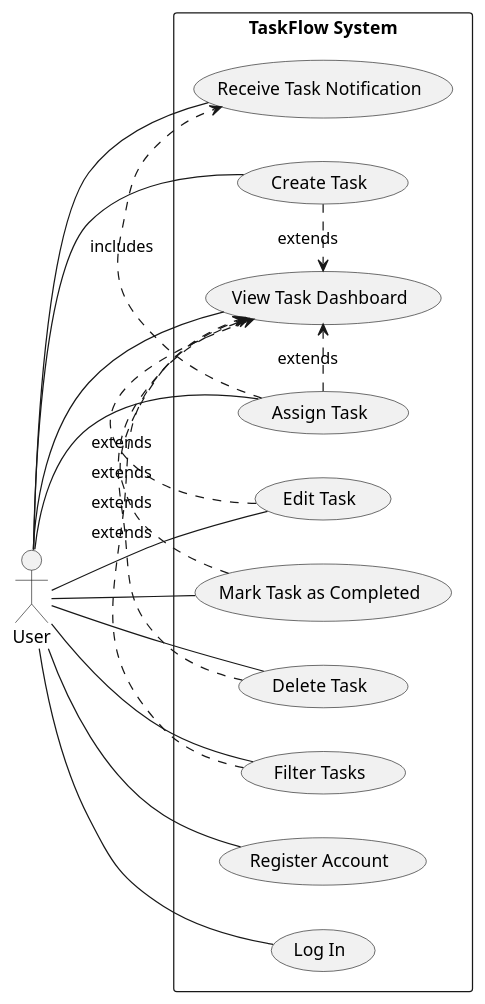
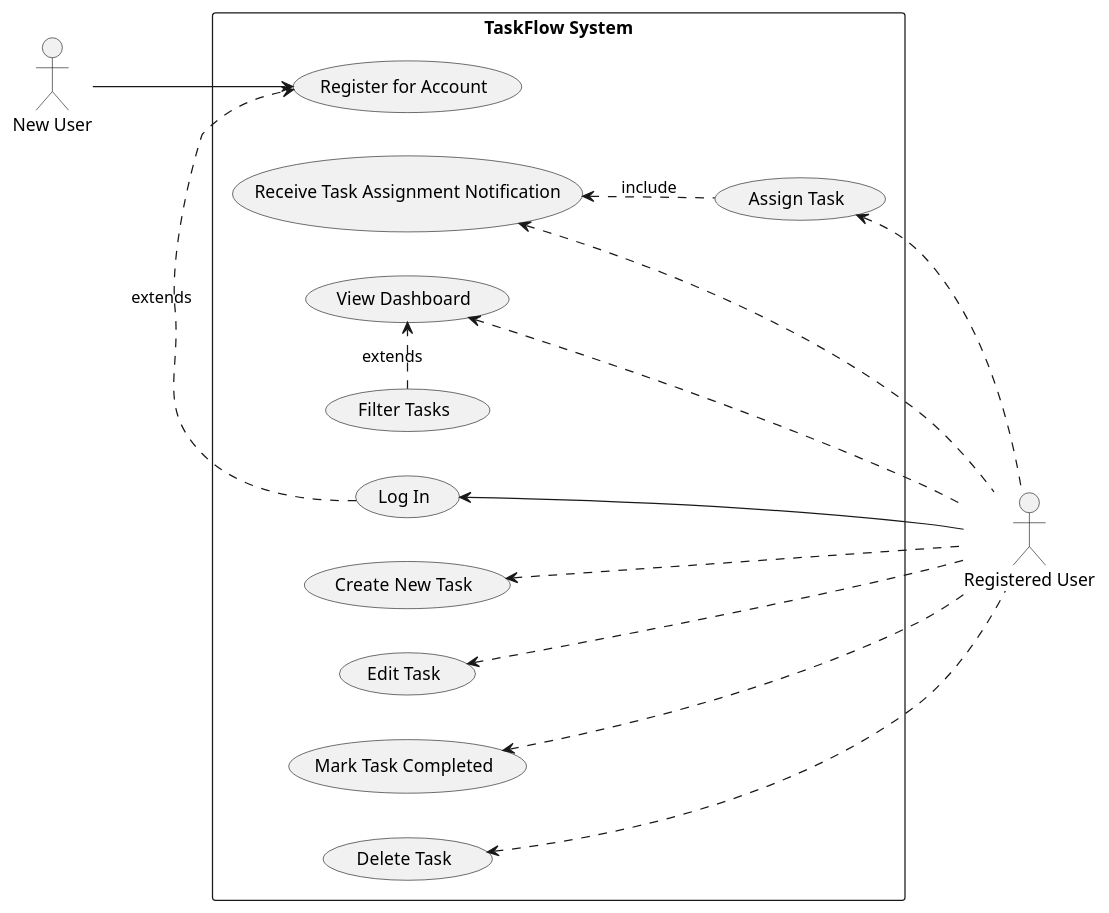
One commit to Chaman532003/framework changed the diagram in artifacts/spec/spec.md. Above: the diagram before and after it, drawn with PlantUML. The commit also changed other lines of this file, not shown here.

````diff
--- a/artifacts/spec/spec.md
+++ b/artifacts/spec/spec.md
@@ -171,40 +175,28 @@
 ```plantuml
 @startuml
 left to right direction
+skinparam packageStyle rectangle
 
-actor "User" as U
+actor "New User" as NewUser
+actor "Registered User" as RegUser
 
 rectangle "TaskFlow System" {
-    usecase "Register Account" as UC1
-    usecase "Log In" as UC2
-    usecase "Create Task" as UC3
-    usecase "Assign Task" as UC4
-    usecase "Edit Task" as UC5
-    usecase "Mark Task as Completed" as UC6
-    usecase "Delete Task" as UC7
-    usecase "View Task Dashboard" as UC8
-    usecase "Filter Tasks" as UC9
-    usecase "Receive Task Notification" as UC10
+  NewUser --> (Register for Account)
+
+  RegUser --> (Log In)
+  (Log In) .> (Register for Account) : extends
+
+  (Create New Task) <.-- RegUser
+  (Assign Task) <.-- RegUser
+  (Edit Task) <.-- RegUser
+  (Mark Task Completed) <.-- RegUser
+  (Delete Task) <.-- RegUser
+
+  (View Dashboard) <.-- RegUser
+  (Filter Tasks) .> (View Dashboard) : extends
+
+  (Receive Task Assignment Notification) <.-- RegUser
+  (Receive Task Assignment Notification) <.. (Assign Task) : include
 }
-
-U -- UC1
-U -- UC2
-U -- UC3
-U -- UC4
-U -- UC5
-U -- UC6
-U -- UC7
-U -- UC8
-U -- UC9
-UC10 -- U
-
-UC3 .> UC8 : extends
-UC4 .> UC8 : extends
-UC5 .> UC8 : extends
-UC6 .> UC8 : extends
-UC7 .> UC8 : extends
-UC9 .> UC8 : extends
-UC4 .> UC10 : includes
-
 @enduml
 ```
````
